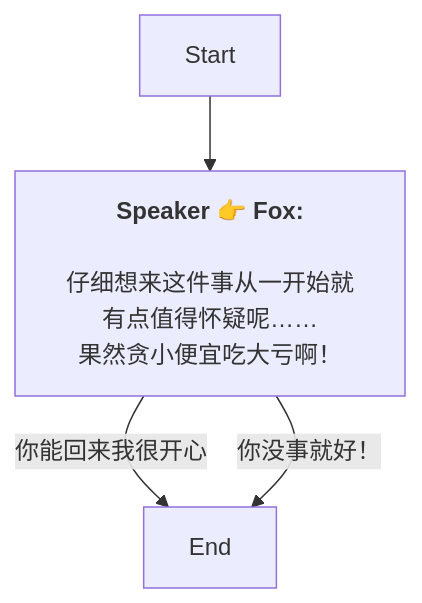
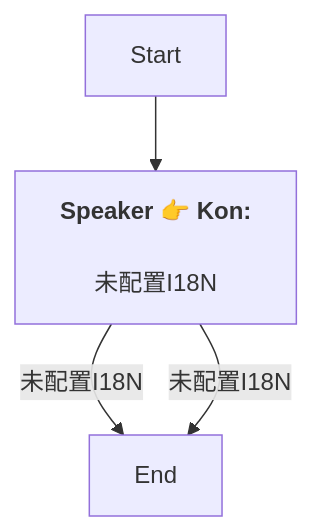
One commit to SoftHu/tos_avg changed the diagram in Zh/QuestStartTalkENode_1739146114390373.md. Above: the diagram before and after it, drawn with Mermaid. The commit also changed 730 other files, not shown here.

````diff
--- a/Zh/QuestStartTalkENode_1739146114390373.md
+++ b/Zh/QuestStartTalkENode_1739146114390373.md
@@ -1,9 +1,8 @@
 ```mermaid
 graph
-Start -->1770679271752837[<b>Speaker 👉 Fox:</b>
-\n仔细想来这件事从一开始就有点值得怀疑呢……
-果然贪小便宜吃大亏啊！]
-1770679271752837 -->|你能回来我很开心|1739146289998191[End]
-1770679271752837 -->|你没事就好！|1739146289998191[End]
+Start -->1770679271752837[<b>Speaker 👉 Kon:</b>
+\n未配置I18N]
+1770679271752837 -->|未配置I18N|1739146289998191[End]
+1770679271752837 -->|未配置I18N|1739146289998191[End]
 
 ```
````
